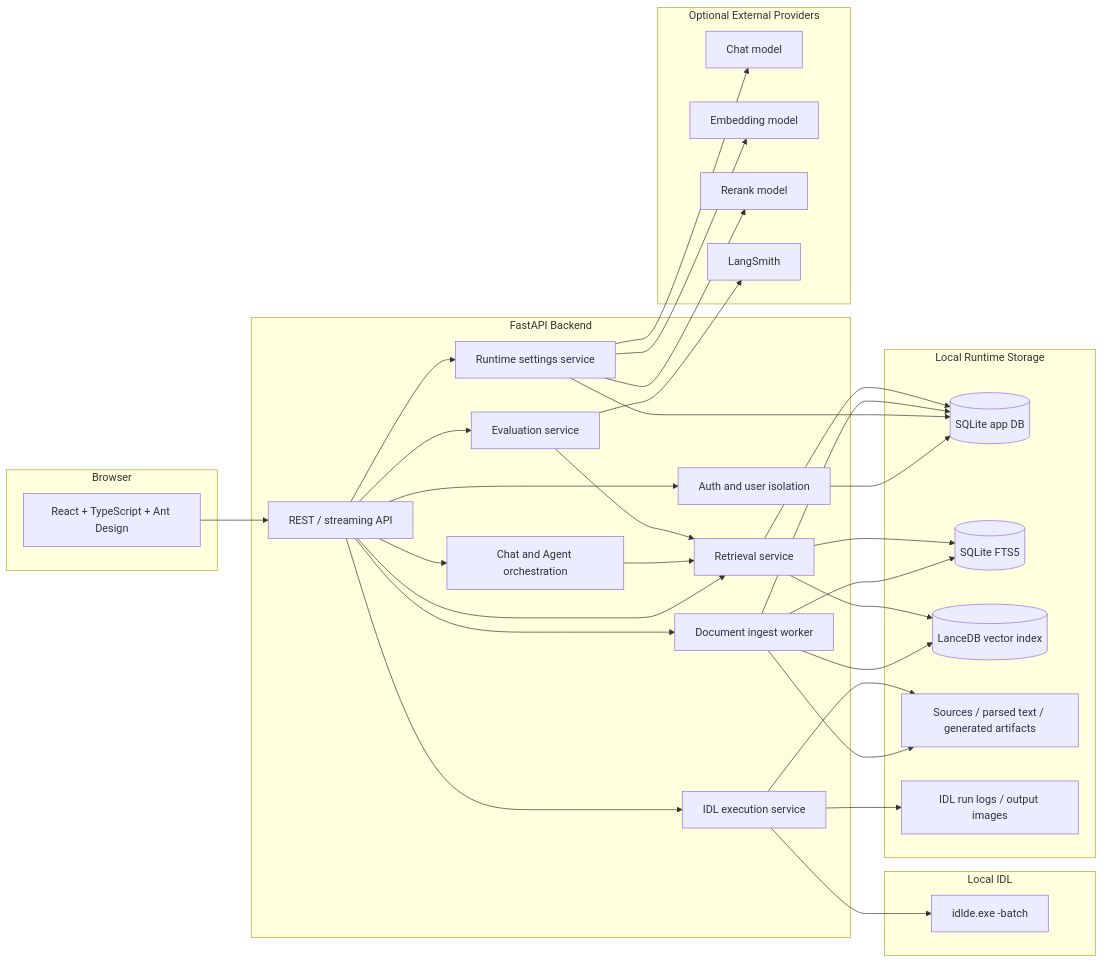
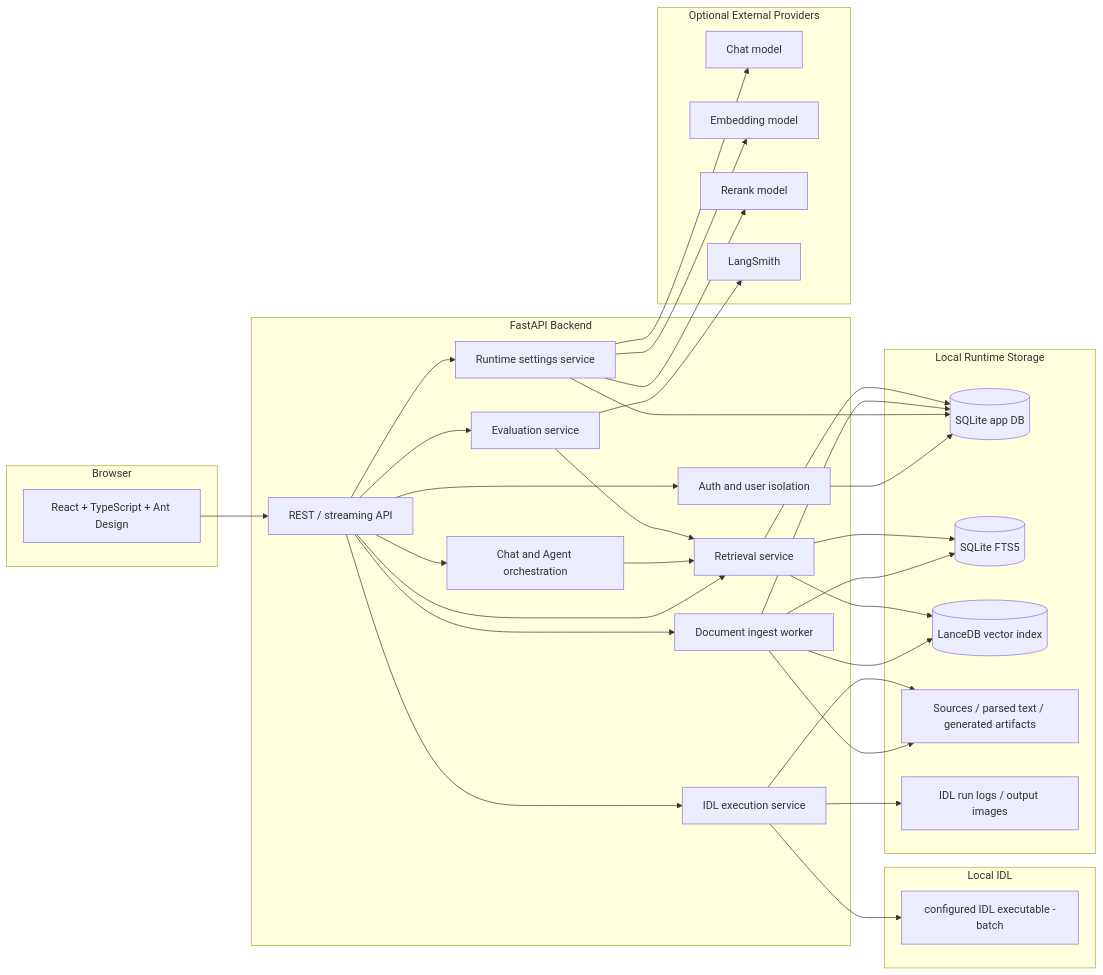
The first of 4 diagrams in docs/project-showcase.en-US.md (GeoSyntax/idl-rag), drawn with Mermaid before and after one commit. The commit also changed other lines of this file and 102 other files, not shown here.

````diff
--- a/docs/project-showcase.en-US.md
+++ b/docs/project-showcase.en-US.md
@@ -15,63 +15,63 @@
 ```mermaid
 flowchart LR
   subgraph Browser[Browser]
     UI[React + TypeScript + Ant Design]
   end
 
   subgraph Backend[FastAPI Backend]
     API[REST / streaming API]
     Auth[Auth and user isolation]
     Ingest[Document ingest worker]
     Retrieval[Retrieval service]
     Agent[Chat and Agent orchestration]
     IDLRun[IDL execution service]
     Eval[Evaluation service]
     Settings[Runtime settings service]
   end
 
   subgraph Storage[Local Runtime Storage]
     DB[(SQLite app DB)]
     FTS[(SQLite FTS5)]
     Vector[(LanceDB vector index)]
     Files[Sources / parsed text / generated artifacts]
     IDLOutputs[IDL run logs / output images]
   end
 
   subgraph LocalIDL[Local IDL]
-    IDLBatch[idlde.exe -batch]
+    IDLBatch[configured IDL executable -batch]
   end
 
   subgraph Providers[Optional External Providers]
     LLM[Chat model]
     Embedding[Embedding model]
     Rerank[Rerank model]
     LangSmith[LangSmith]
   end
 
   UI --> API
   API --> Auth
   API --> Ingest
   API --> Retrieval
   API --> Agent
   API --> IDLRun
   API --> Eval
   API --> Settings
   Auth --> DB
   Settings --> DB
   Ingest --> DB
   Ingest --> FTS
   Ingest --> Vector
   Ingest --> Files
   Retrieval --> DB
   Retrieval --> FTS
   Retrieval --> Vector
   Agent --> Retrieval
   IDLRun --> Files
   IDLRun --> IDLOutputs
   IDLRun --> IDLBatch
   Eval --> Retrieval
   Settings --> LLM
   Settings --> Embedding
   Settings --> Rerank
   Eval --> LangSmith
 ```
````
